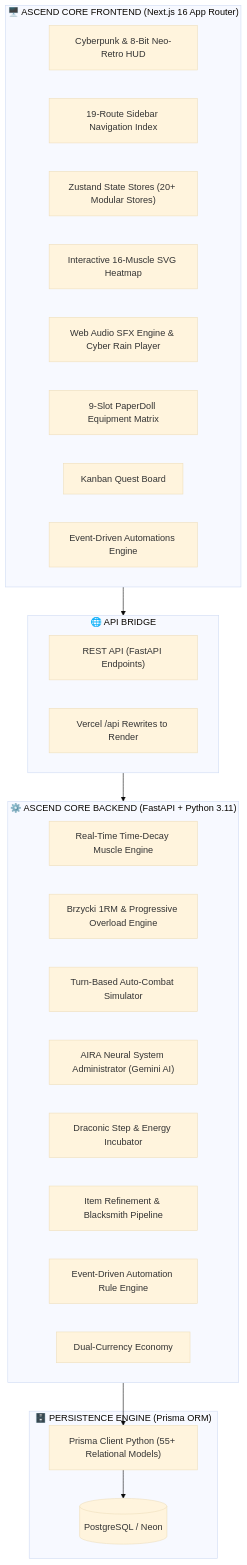
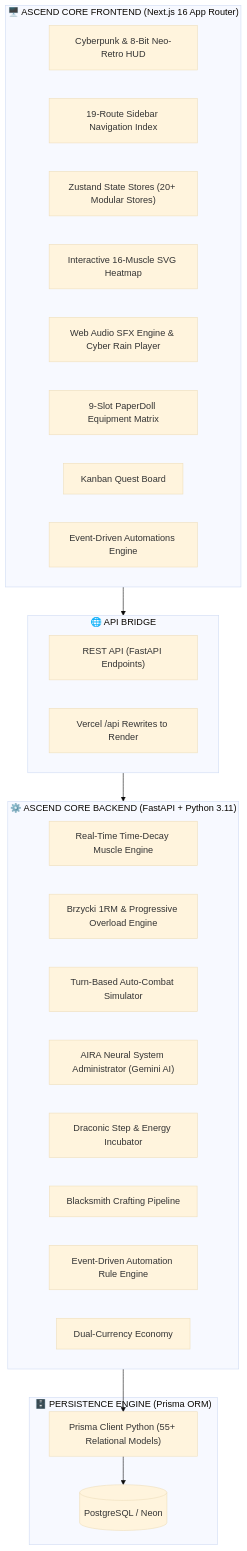
The diagram in README.md (RIll-cmd/ascend-core), drawn with Mermaid (base theme) before and after one commit. The commit also changed other lines of this file, not shown here.

Commit message:
docs: remove remaining refinement references from README

````diff
--- a/README.md
+++ b/README.md
@@ -250,39 +250,39 @@
 ```mermaid
 flowchart TB
     subgraph Frontend["🖥️ ASCEND CORE FRONTEND (Next.js 16 App Router)"]
         UI["Cyberpunk & 8-Bit Neo-Retro HUD"]
         SidebarNav["19-Route Sidebar Navigation Index"]
         Zustand["Zustand State Stores (20+ Modular Stores)"]
         Heatmap["Interactive 16-Muscle SVG Heatmap"]
         Audio["Web Audio SFX Engine & Cyber Rain Player"]
         PaperDoll["9-Slot PaperDoll Equipment Matrix"]
         Kanban["Kanban Quest Board"]
         AutomationsUI["Event-Driven Automations Engine"]
     end
 
     subgraph API_Bridge["🌐 API BRIDGE"]
         RestAPI["REST API (FastAPI Endpoints)"]
         VercelRewrite["Vercel /api Rewrites to Render"]
     end
 
     subgraph Backend["⚙️ ASCEND CORE BACKEND (FastAPI + Python 3.11)"]
         DecayEngine["Real-Time Time-Decay Muscle Engine"]
         FitnessEngine["Brzycki 1RM & Progressive Overload Engine"]
         CombatSim["Turn-Based Auto-Combat Simulator"]
         AiraAI["AIRA Neural System Administrator (Gemini AI)"]
         BeastIncubator["Draconic Step & Energy Incubator"]
-        CraftingEngine["Item Refinement & Blacksmith Pipeline"]
+        CraftingEngine["Blacksmith Crafting Pipeline"]
         AutomationsEngine["Event-Driven Automation Rule Engine"]
         EconomyEngine["Dual-Currency Economy"]
     end
 
     subgraph Storage["🗄️ PERSISTENCE ENGINE (Prisma ORM)"]
         DB[(PostgreSQL / Neon)]
         PrismaClient["Prisma Client Python (55+ Relational Models)"]
     end
 
     Frontend --> API_Bridge
     API_Bridge --> Backend
     Backend --> PrismaClient
     PrismaClient --> DB
 ```
````
